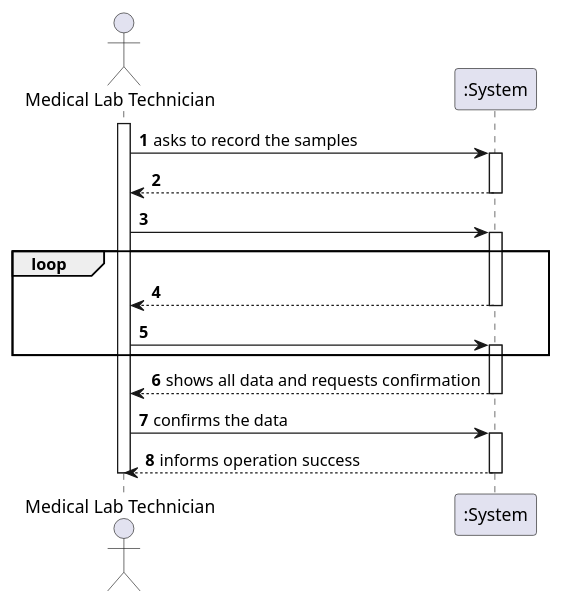
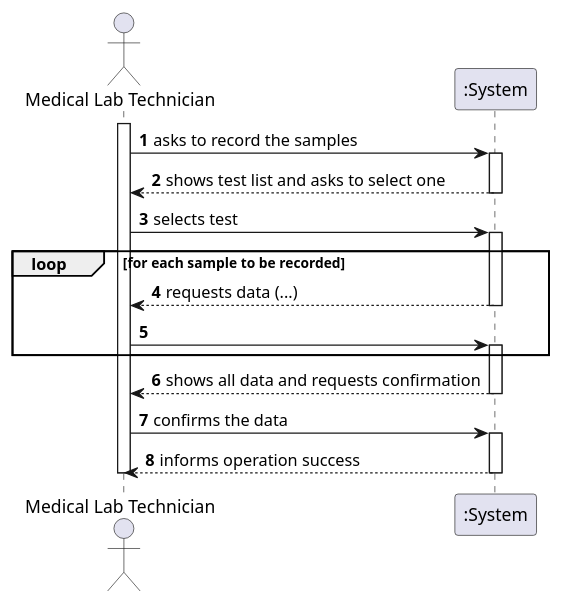
The diagram in docs/SprintC/US_5/US5_SSD.puml (ana-albergaria/LAPR2-ISEP), drawn with PlantUML before and after one commit. The commit also changed 6 other files, not shown here.

Commit message:
US5 SSD Diagram + MD Diagram

```diff
--- a/docs/SprintC/US_5/US5_SSD.puml
+++ b/docs/SprintC/US_5/US5_SSD.puml
@@ -1,34 +1,34 @@
 @startuml
 
 autonumber
 actor "Medical Lab Technician" as MLT
 
 activate MLT
 MLT -> ":System" : asks to record the samples
 /'Here below'/
 activate ":System"
-":System" --> MLT :
+":System" --> MLT : shows test list and asks to select one
 deactivate ":System"
 
-MLT -> ":System" :
+MLT -> ":System" : selects test
 activate ":System"
 
-loop
-":System" --> MLT :
+loop for each sample to be recorded
+":System" --> MLT : requests data (...)
 deactivate ":System"
 
 MLT -> ":System" :
 activate ":System"
 end
 
 ":System" --> MLT : shows all data and requests confirmation
 deactivate ":System"
 
 MLT -> ":System" : confirms the data
 activate ":System"
 ":System" --> MLT : informs operation success
 deactivate ":System"
 
 deactivate MLT
 
 @enduml
```
